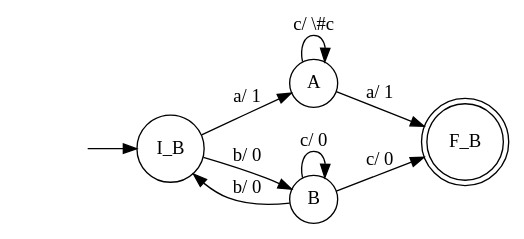
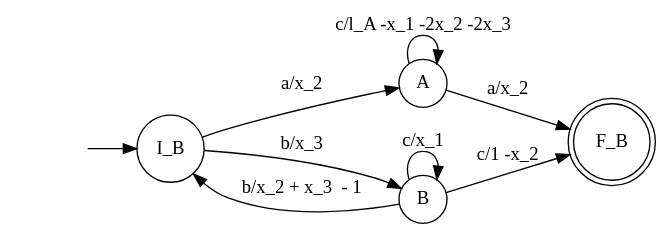
The diagram in b_annotated.dot (amandasystems/incremental-parikh-images), drawn with Graphviz before and after one commit. The commit also changed 9 other files, not shown here.

```diff
--- a/b_annotated.dot
+++ b/b_annotated.dot
@@ -1,15 +1,15 @@
 digraph Automaton {rankdir = LR;
 initial [shape=plaintext,label=""];
-initial -> Ib;
+initial -> I_B;
 A [shape=circle,label="A"];
-A -> Fb [label="a/ 1"]
-A -> A [label="c/ \\#c"]
+A -> F_B [label="a/x_2"]
+A -> A [label="c/l_A -x_1 -2x_2 -2x_3"]
 B [shape=circle,label="B"];
-B -> Ib [label="b/ 0"]
-B -> B [label="c/ 0"]
-B -> Fb [label="c/ 0"]
-Fb [shape=doublecircle,label="F_B"];
-Ib [shape=circle,label="I_B"];
-Ib -> A [label="a/ 1"]
-Ib -> B [label="b/ 0"]
+B -> I_B [label="b/x_2 + x_3  - 1"]
+B -> B [label="c/x_1"]
+B -> F_B [label="c/1 -x_2"]
+F_B [shape=doublecircle,label="F_B"];
+I_B [shape=circle,label="I_B"];
+I_B -> A [label="a/x_2"]
+I_B -> B [label="b/x_3"]
 }
```
